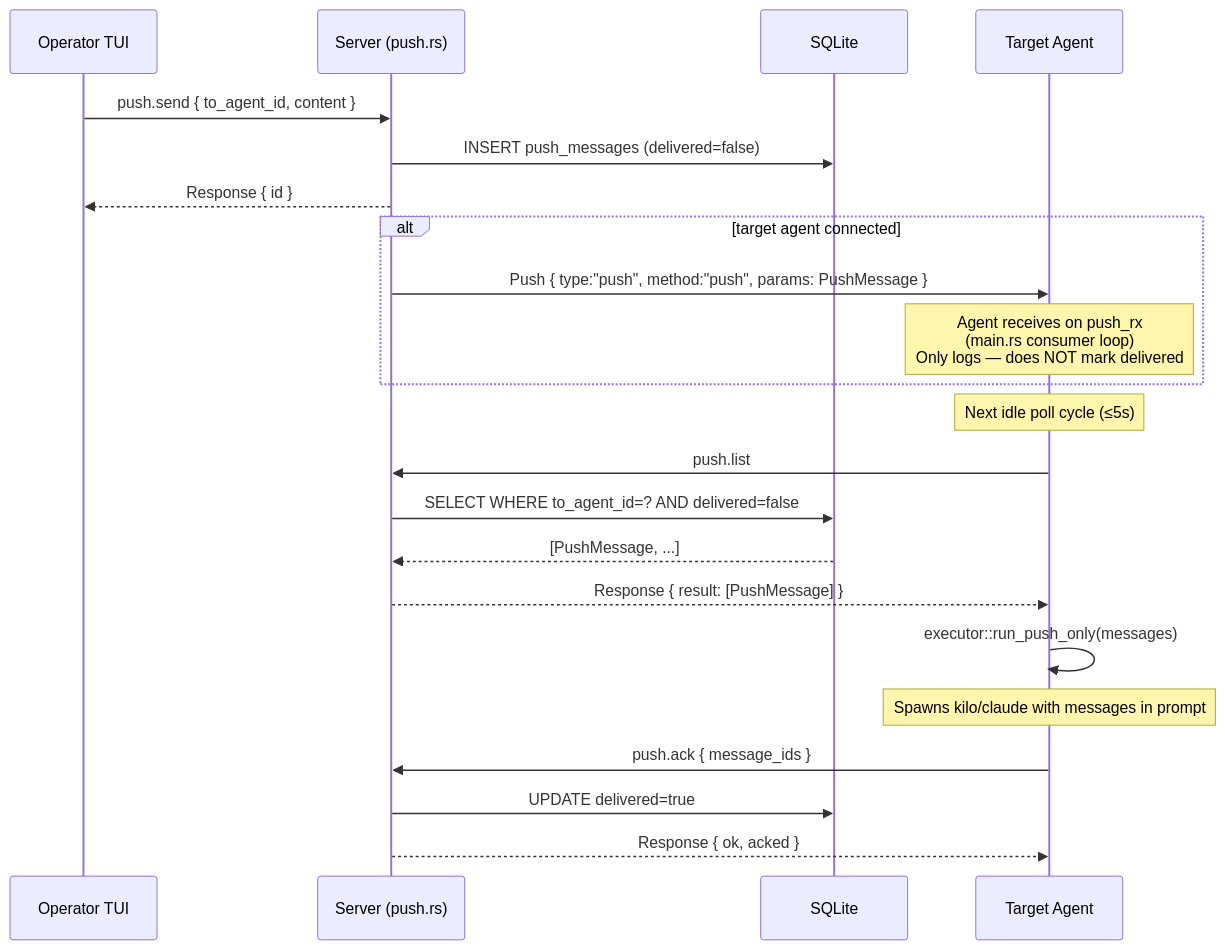
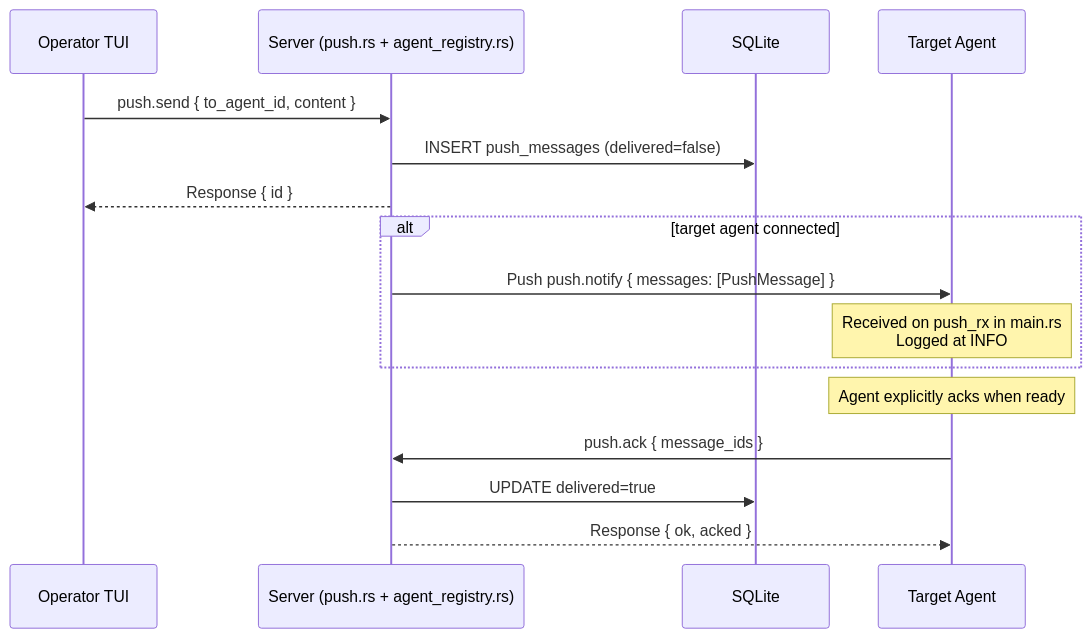
Before and after one commit to hivemind-ai-core/the-hive: the second of 2 diagrams in docs/architecture/agent-communication.md, drawn with Mermaid. The commit also changed other lines of this file and 15 other files, not shown here.

````diff
--- a/docs/architecture/agent-communication.md
+++ b/docs/architecture/agent-communication.md
@@ -100,26 +96,19 @@
 ```mermaid
 sequenceDiagram
     participant Op as Operator TUI
-    participant S as Server (push.rs)
+    participant S as Server (push.rs + agent_registry.rs)
     participant DB as SQLite
     participant A as Target Agent
 
     Op->>S: push.send { to_agent_id, content }
     S->>DB: INSERT push_messages (delivered=false)
     S-->>Op: Response { id }
     alt target agent connected
-        S->>A: Push { type:"push", method:"push", params: PushMessage }
-        Note over A: Agent receives on push_rx<br>(main.rs consumer loop)<br>Only logs — does NOT mark delivered
+        S->>A: Push push.notify { messages: [PushMessage] }
+        Note over A: Received on push_rx in main.rs<br>Logged at INFO
     end
-
-    Note over A: Next idle poll cycle (≤5s)
-    A->>S: push.list
-    S->>DB: SELECT WHERE to_agent_id=? AND delivered=false
-    DB-->>S: [PushMessage, ...]
-    S-->>A: Response { result: [PushMessage] }
-    A->>A: executor::run_push_only(messages)
-    Note over A: Spawns kilo/claude with messages in prompt
+    Note over A: Agent explicitly acks when ready
     A->>S: push.ack { message_ids }
     S->>DB: UPDATE delivered=true
     S-->>A: Response { ok, acked }
 ```
````
